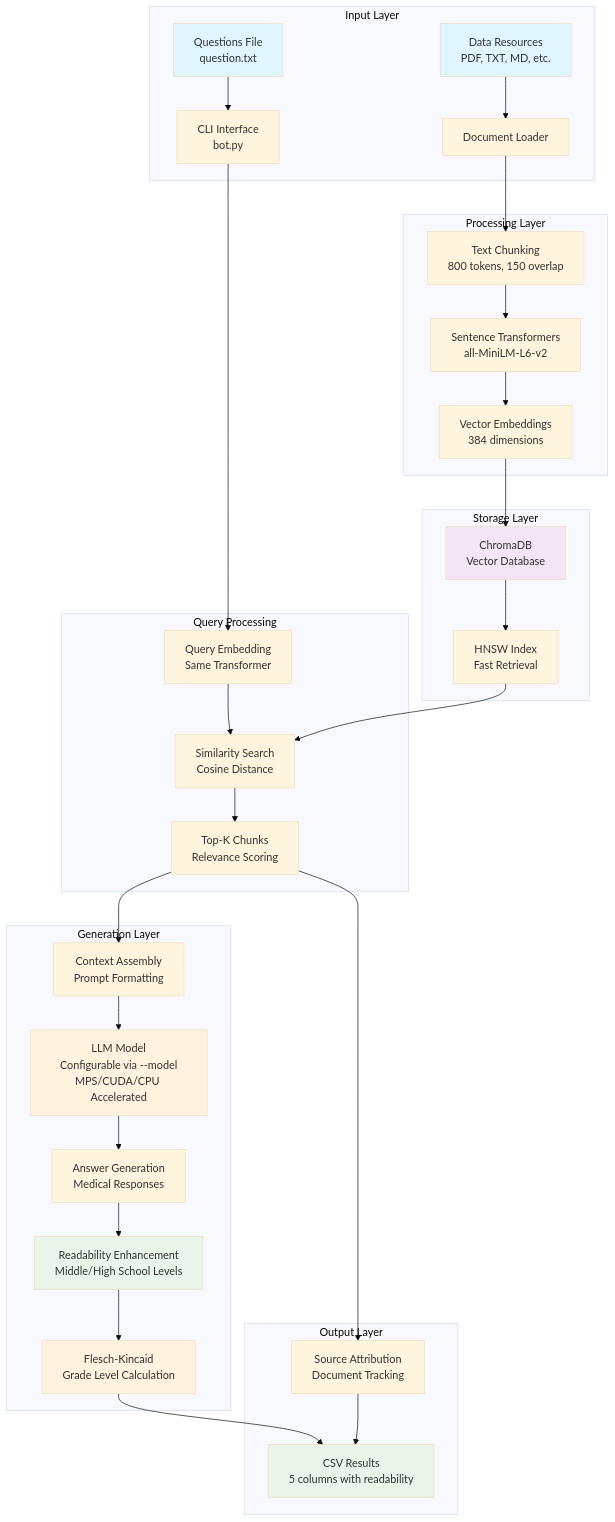
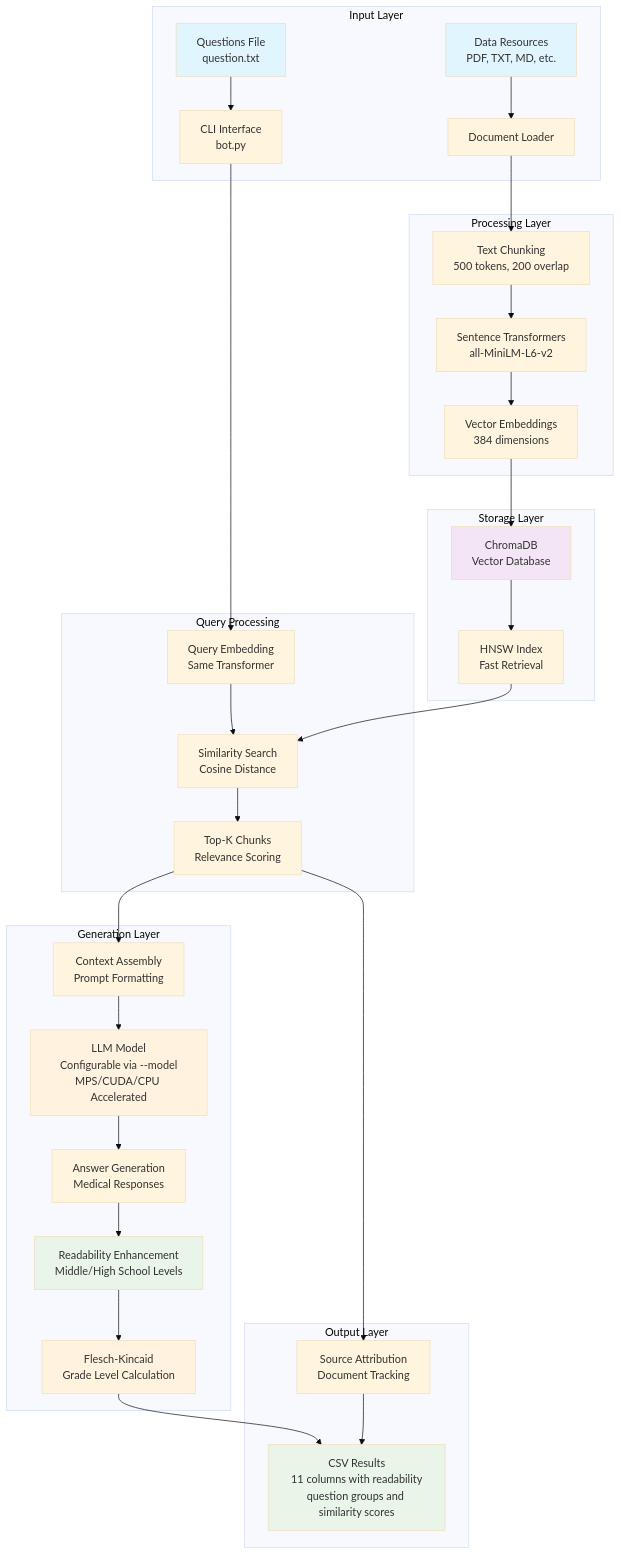
One commit to uclamii/CGT-LLM-Beta changed the first of 2 diagrams in README.md. Above: the diagram before and after it, drawn with Mermaid (base theme). The commit also changed other lines of this file, not shown here.

````diff
--- a/README.md
+++ b/README.md
@@ -349,47 +374,47 @@
 ```mermaid
 graph TB
     subgraph "Input Layer"
         A[Questions File<br/>question.txt] --> B[CLI Interface<br/>bot.py]
         C[Data Resources<br/>PDF, TXT, MD, etc.] --> D[Document Loader]
     end
     
     subgraph "Processing Layer"
-        D --> E[Text Chunking<br/>800 tokens, 150 overlap]
+        D --> E[Text Chunking<br/>500 tokens, 200 overlap]
         E --> F[Sentence Transformers<br/>all-MiniLM-L6-v2]
         F --> G[Vector Embeddings<br/>384 dimensions]
     end
     
     subgraph "Storage Layer"
         G --> H[ChromaDB<br/>Vector Database]
         H --> I[HNSW Index<br/>Fast Retrieval]
     end
     
     subgraph "Query Processing"
         B --> J[Query Embedding<br/>Same Transformer]
         J --> K[Similarity Search<br/>Cosine Distance]
         K --> L[Top-K Chunks<br/>Relevance Scoring]
     end
     
     subgraph "Generation Layer"
         L --> M[Context Assembly<br/>Prompt Formatting]
         M --> N[LLM Model<br/>Configurable via --model<br/>MPS/CUDA/CPU Accelerated]
         N --> O[Answer Generation<br/>Medical Responses]
         O --> R[Readability Enhancement<br/>Middle/High School Levels]
         R --> S[Flesch-Kincaid<br/>Grade Level Calculation]
     end
     
     subgraph "Output Layer"
-        S --> P[CSV Results<br/>5 columns with readability]
+        S --> P[CSV Results<br/>11 columns with readability<br/>question groups and similarity scores]
         L --> Q[Source Attribution<br/>Document Tracking]
         Q --> P
         I --> K
     end
     
     style A fill:#e1f5fe
     style C fill:#e1f5fe
     style H fill:#f3e5f5
     style N fill:#fff3e0
     style P fill:#e8f5e8
     style R fill:#e8f5e8
     style S fill:#fff3e0
 ```
````
